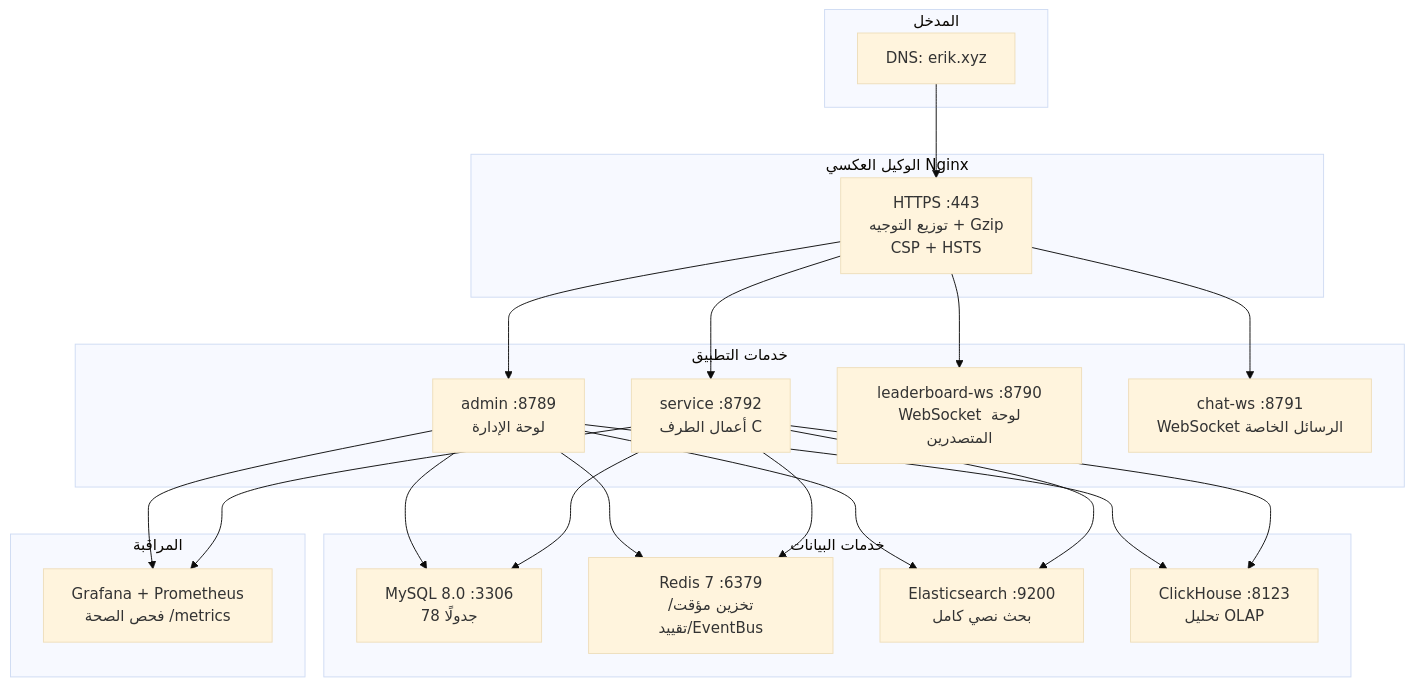
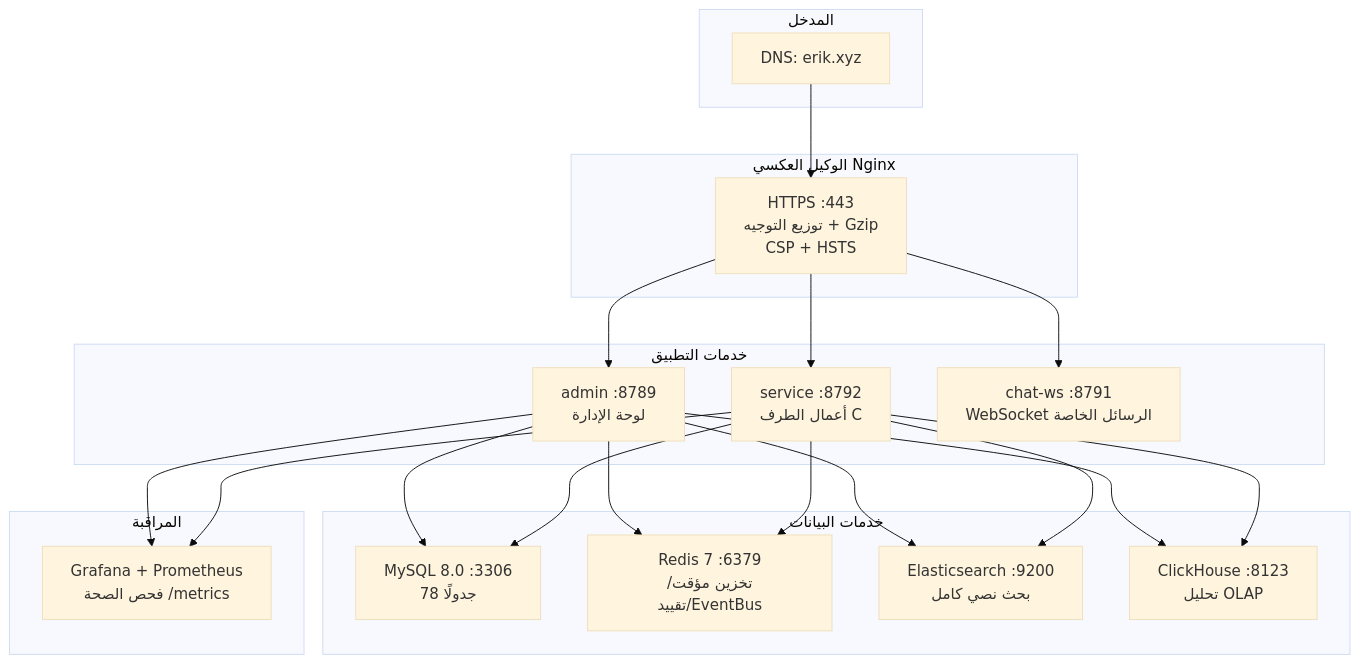
One commit to erikwang2013/game-platform-php changed the diagram in admin/docs/diagrams/12-deployment.ar.md. Above: the diagram before and after it, drawn with Mermaid (base theme). The commit also changed 710 other files, not shown here.

````diff
--- a/admin/docs/diagrams/12-deployment.ar.md
+++ b/admin/docs/diagrams/12-deployment.ar.md
@@ -7,33 +7,32 @@
 ```mermaid
 flowchart TB
     subgraph "المدخل"
         DNS["DNS: erik.xyz"]
     end
 
     subgraph "الوكيل العكسي Nginx"
         NGX["HTTPS :443<br/>توزيع التوجيه + Gzip<br/>CSP + HSTS"]
     end
 
     subgraph "خدمات التطبيق"
         ADM["admin :8789<br/>لوحة الإدارة"]
         SVC["service :8792<br/>أعمال الطرف C"]
-        LB["leaderboard-ws :8790<br/>WebSocket لوحة المتصدرين"]
         CHAT["chat-ws :8791<br/>WebSocket الرسائل الخاصة"]
     end
 
     subgraph "خدمات البيانات"
         MYSQL["MySQL 8.0 :3306<br/>78 جدولًا"]
         REDIS["Redis 7 :6379<br/>تخزين مؤقت/تقييد/EventBus"]
         ES["Elasticsearch :9200<br/>بحث نصي كامل"]
         CH["ClickHouse :8123<br/>تحليل OLAP"]
     end
 
     subgraph "المراقبة"
         MON["Grafana + Prometheus<br/>فحص الصحة /metrics"]
     end
 
     DNS --> NGX
-    NGX --> ADM & SVC & LB & CHAT
+    NGX --> ADM & SVC & CHAT
     ADM & SVC --> MYSQL & REDIS & ES & CH
     ADM & SVC --> MON
 ```
````
